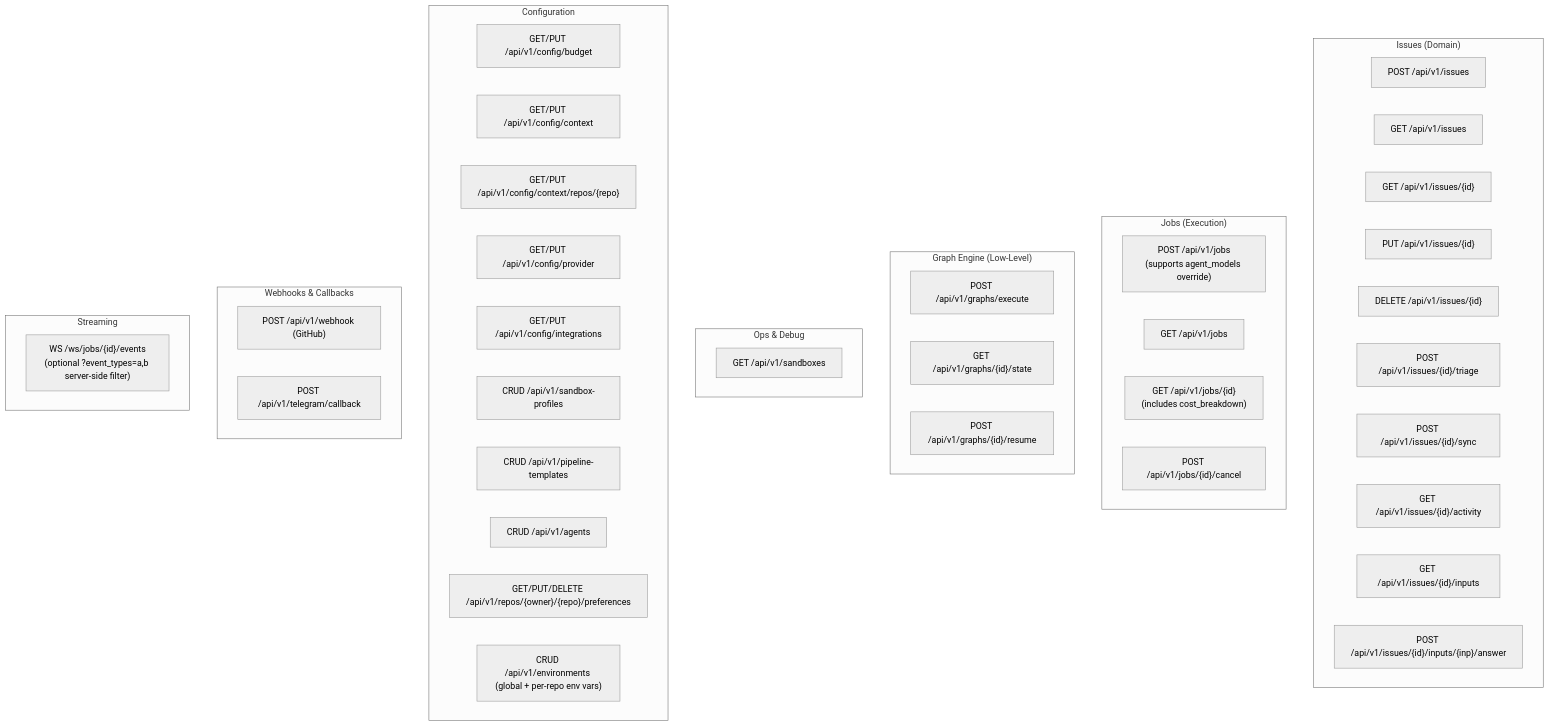
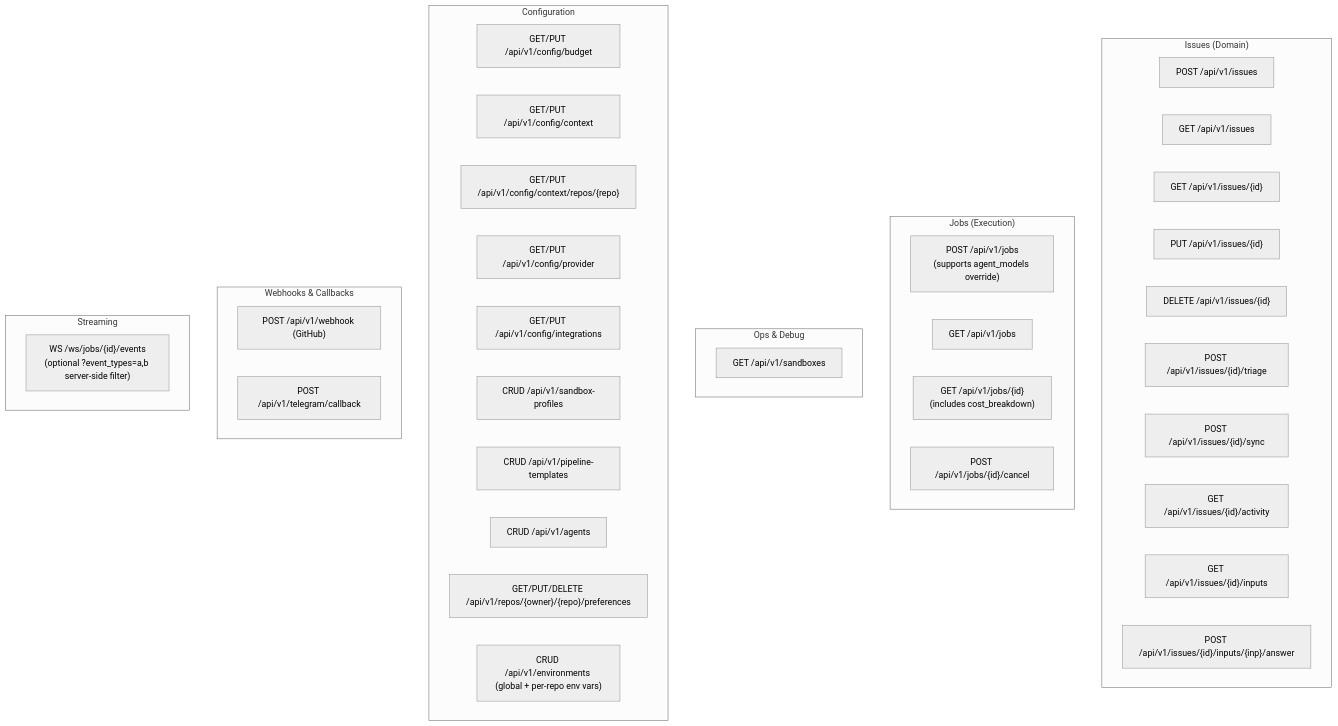
One commit to sudoTomas/embry0 changed the seventh of 10 diagrams in docs/architecture.md. Above: the diagram before and after it, drawn with Mermaid (neutral theme). The commit also changed other lines of this file and 2 other files, not shown here.

First line of the commit message:
docs: reflect Plan B API/auth changes

````diff
--- a/docs/architecture.md
+++ b/docs/architecture.md
@@ -454,54 +454,49 @@
 ```mermaid
 graph TB
     subgraph "Issues (Domain)"
         IC["POST /api/v1/issues"]
         IL["GET /api/v1/issues"]
         ID["GET /api/v1/issues/{id}"]
         IU["PUT /api/v1/issues/{id}"]
         IX["DELETE /api/v1/issues/{id}"]
         IT["POST /api/v1/issues/{id}/triage"]
         IS["POST /api/v1/issues/{id}/sync"]
         IA["GET /api/v1/issues/{id}/activity"]
         II["GET /api/v1/issues/{id}/inputs"]
         IIA["POST /api/v1/issues/{id}/inputs/{inp}/answer"]
     end
 
     subgraph "Jobs (Execution)"
         JC["POST /api/v1/jobs<br/>(supports agent_models override)"]
         JL["GET /api/v1/jobs"]
         JD["GET /api/v1/jobs/{id}<br/>(includes cost_breakdown)"]
         JX["POST /api/v1/jobs/{id}/cancel"]
     end
 
-    subgraph "Graph Engine (Low-Level)"
-        EX["POST /api/v1/graphs/execute"]
-        GS["GET /api/v1/graphs/{id}/state"]
-        RS["POST /api/v1/graphs/{id}/resume"]
-    end
 
     subgraph "Ops & Debug"
         SBL["GET /api/v1/sandboxes"]
     end
 
     subgraph "Configuration"
         BG["GET/PUT /api/v1/config/budget"]
         CX["GET/PUT /api/v1/config/context"]
         CR["GET/PUT /api/v1/config/context/repos/{repo}"]
         PR["GET/PUT /api/v1/config/provider"]
         IG["GET/PUT /api/v1/config/integrations"]
         SP["CRUD /api/v1/sandbox-profiles"]
         PT["CRUD /api/v1/pipeline-templates"]
         AG["CRUD /api/v1/agents"]
         RP["GET/PUT/DELETE /api/v1/repos/{owner}/{repo}/preferences"]
         ENV["CRUD /api/v1/environments (global + per-repo env vars)"]
     end
 
     subgraph "Webhooks & Callbacks"
         WH["POST /api/v1/webhook (GitHub)"]
         TC["POST /api/v1/telegram/callback"]
     end
 
     subgraph "Streaming"
         WSK["WS /ws/jobs/{id}/events<br/>(optional ?event_types=a,b server-side filter)"]
     end
 ```
````
